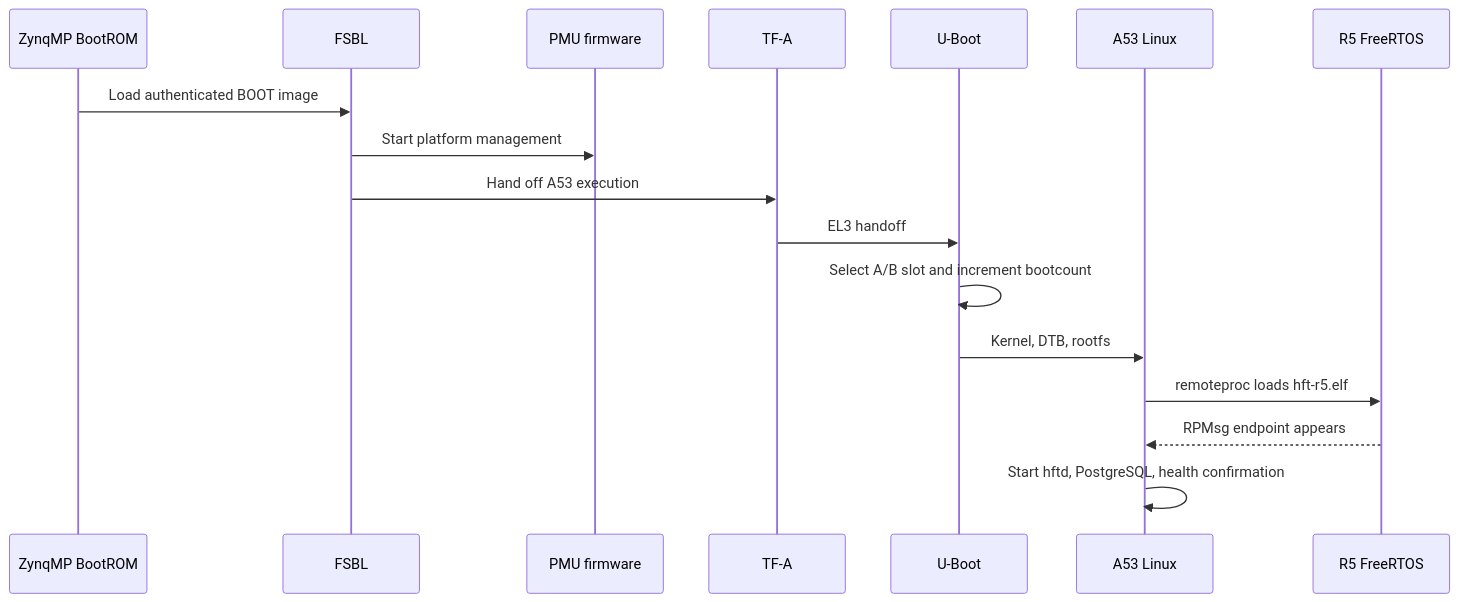
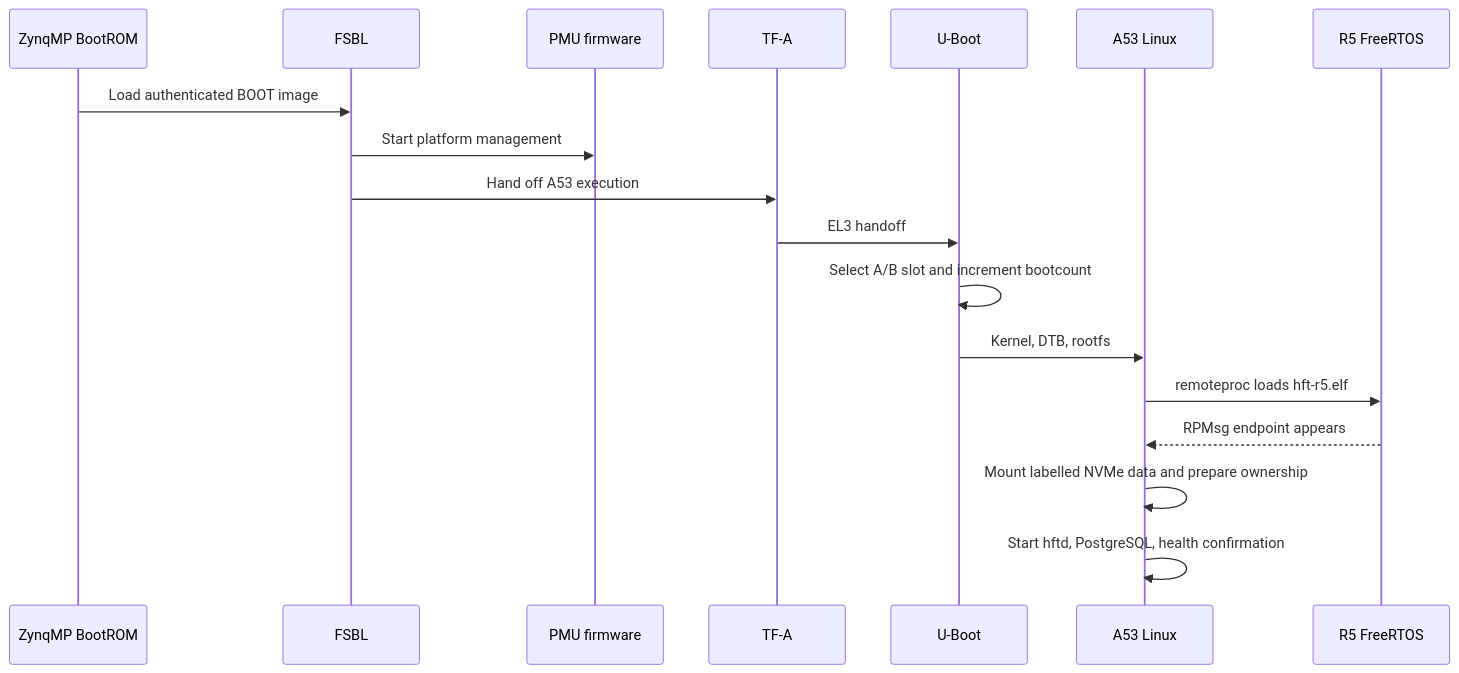
Before and after one commit to ps-chong/hft-toy-project: the first of 2 diagrams in docs/architecture/boot-update.md, drawn with Mermaid. The commit also changed other lines of this file and 37 other files, not shown here.

````diff
--- a/docs/architecture/boot-update.md
+++ b/docs/architecture/boot-update.md
@@ -5,19 +5,20 @@
 ```mermaid
 sequenceDiagram
     participant ROM as ZynqMP BootROM
     participant FSBL as FSBL
     participant PMU as PMU firmware
     participant ATF as TF-A
     participant UBoot as U-Boot
     participant Linux as A53 Linux
     participant R5 as R5 FreeRTOS
     ROM->>FSBL: Load authenticated BOOT image
     FSBL->>PMU: Start platform management
     FSBL->>ATF: Hand off A53 execution
     ATF->>UBoot: EL3 handoff
     UBoot->>UBoot: Select A/B slot and increment bootcount
     UBoot->>Linux: Kernel, DTB, rootfs
     Linux->>R5: remoteproc loads hft-r5.elf
     R5-->>Linux: RPMsg endpoint appears
+    Linux->>Linux: Mount labelled NVMe data and prepare ownership
     Linux->>Linux: Start hftd, PostgreSQL, health confirmation
 ```
````
